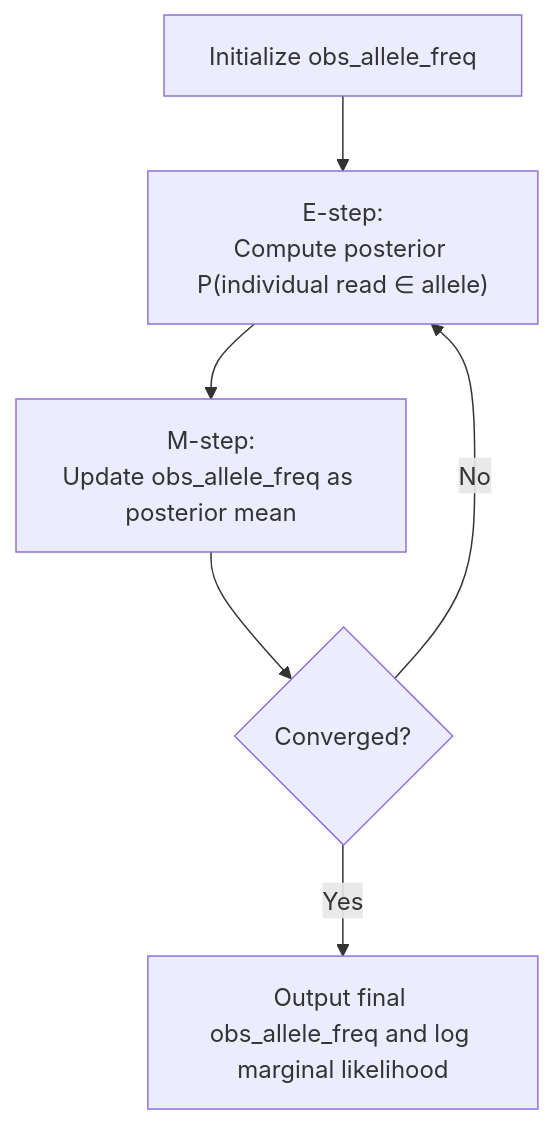
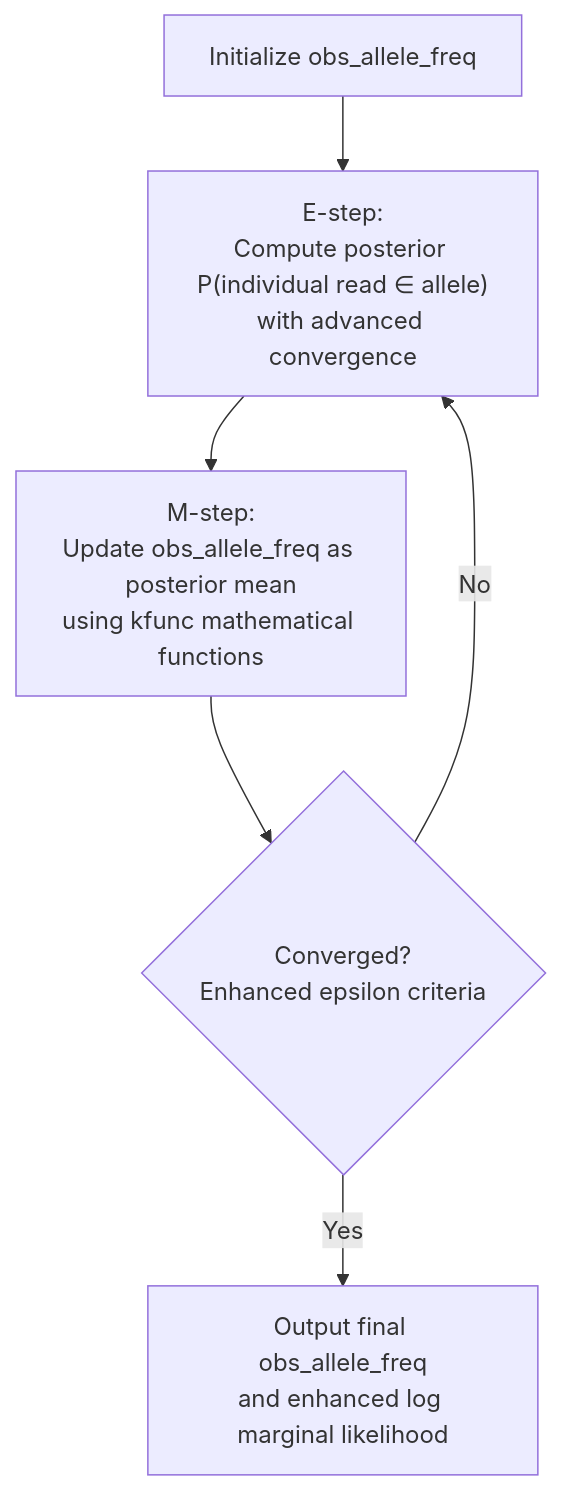
One commit to ShujiaHuang/BaseVar2 changed the fourth of 8 diagrams in .qoder/repowiki/en/content/Core Algorithm Architecture/Core Algorithm Architecture.md. Above: the diagram before and after it, drawn with Mermaid. The commit also changed other lines of this file and 6 other files, not shown here.

````diff
--- a/.qoder/repowiki/en/content/Core Algorithm Architecture/Core Algorithm Architecture.md
+++ b/.qoder/repowiki/en/content/Core Algorithm Architecture/Core Algorithm Architecture.md
@@ -157,8 +164,8 @@
 ```mermaid
 flowchart TD
-A["Initialize obs_allele_freq"] --> B["E-step:<br/>Compute posterior P(individual read ∈ allele)"]
-B --> C["M-step:<br/>Update obs_allele_freq as posterior mean"]
-C --> D{"Converged?"}
+A["Initialize obs_allele_freq"] --> B["E-step:<br/>Compute posterior P(individual read ∈ allele)<br/>with advanced convergence"]
+B --> C["M-step:<br/>Update obs_allele_freq as posterior mean<br/>using kfunc mathematical functions"]
+C --> D{"Converged?<br/>Enhanced epsilon criteria"}
 D --> |No| B
-D --> |Yes| E["Output final obs_allele_freq and log marginal likelihood"]
+D --> |Yes| E["Output final obs_allele_freq<br/>and enhanced log marginal likelihood"]
 ```
````
